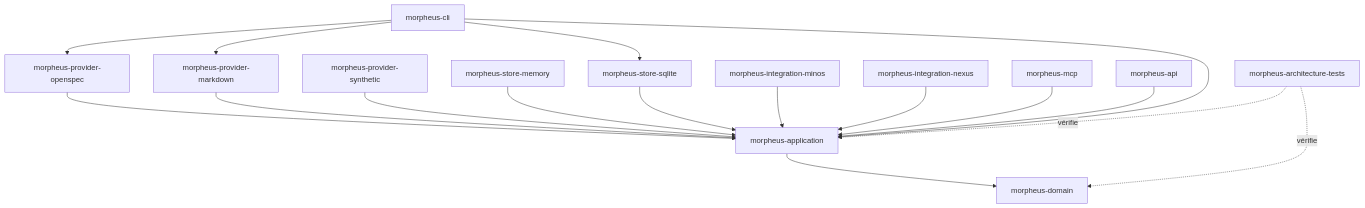
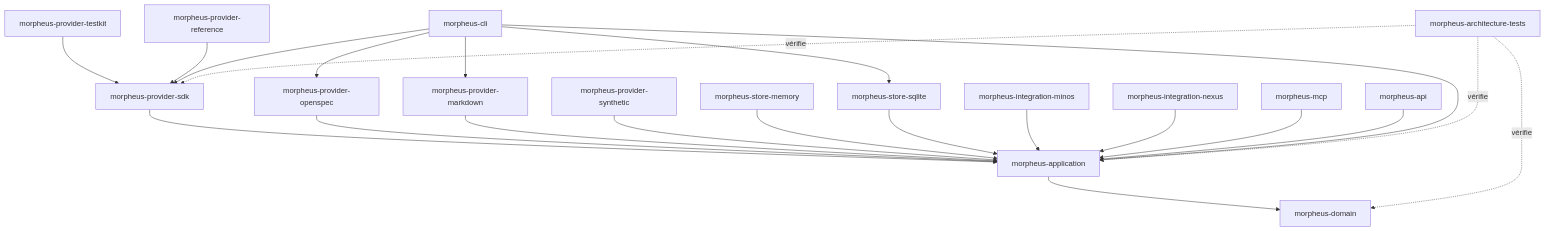
One commit to FTurleque/morpheus-engine changed the first of 2 diagrams in docs/developer/README.md. Above: the diagram before and after it, drawn with Mermaid. The commit also changed other lines of this file, not shown here.

````diff
--- a/docs/developer/README.md
+++ b/docs/developer/README.md
@@ -60,33 +63,41 @@
 ```mermaid
 flowchart TB
     DOMAIN[morpheus-domain]
     APP[morpheus-application]
+    SDK[morpheus-provider-sdk]
+    KIT[morpheus-provider-testkit]
+    REF[morpheus-provider-reference]
     OPEN[morpheus-provider-openspec]
     MD[morpheus-provider-markdown]
     SYN[morpheus-provider-synthetic]
     MEM[morpheus-store-memory]
     SQL[morpheus-store-sqlite]
     MINOS[morpheus-integration-minos]
     NEXUS[morpheus-integration-nexus]
     MCP[morpheus-mcp]
     API[morpheus-api]
     CLI[morpheus-cli]
     ARCH[morpheus-architecture-tests]
 
     APP --> DOMAIN
+    SDK --> APP
+    KIT --> SDK
+    REF --> SDK
     OPEN --> APP
     MD --> APP
     SYN --> APP
     MEM --> APP
     SQL --> APP
     MINOS --> APP
     NEXUS --> APP
     MCP --> APP
     API --> APP
     CLI --> APP
+    CLI --> SDK
     CLI --> OPEN
     CLI --> MD
     CLI --> SQL
     ARCH -. vérifie .-> DOMAIN
     ARCH -. vérifie .-> APP
+    ARCH -. vérifie .-> SDK
 ```
````
